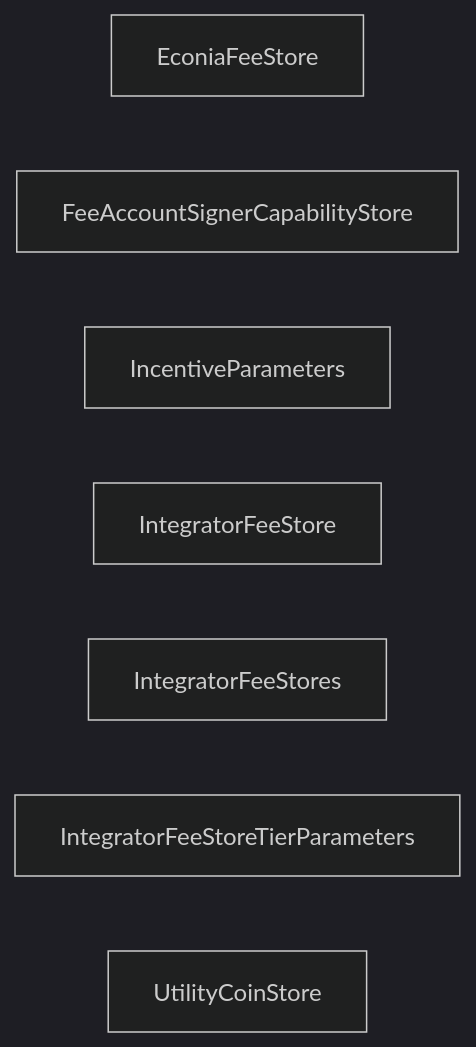
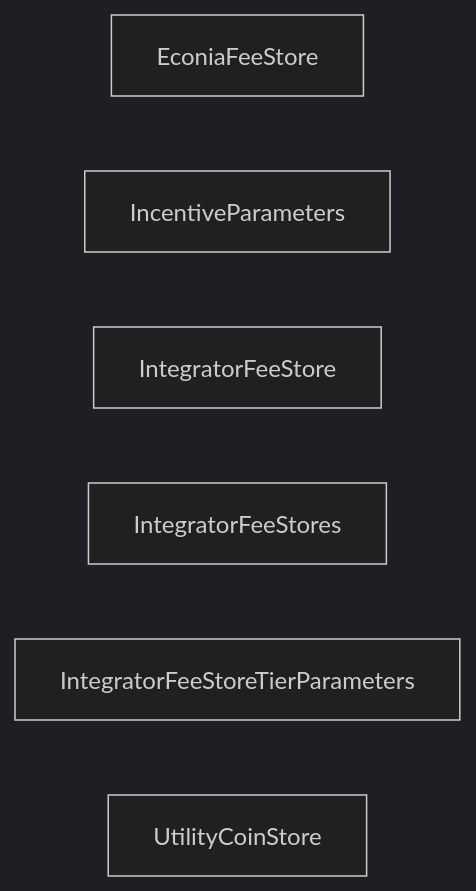
The first of 7 diagrams in doc/diagrams/src/modules/incentives.md (econia-labs/econia), drawn with Mermaid (dark theme) before and after one commit. The commit also changed other lines of this file and 4 other files, not shown here.

````diff
--- a/doc/diagrams/src/modules/incentives.md
+++ b/doc/diagrams/src/modules/incentives.md
@@ -14,13 +14,12 @@
 ```mermaid
 
 flowchart LR
 
 EconiaFeeStore
-FeeAccountSignerCapabilityStore
 IncentiveParameters
 IntegratorFeeStore
 IntegratorFeeStores
 IntegratorFeeStoreTierParameters
 UtilityCoinStore
 
 ```
````
